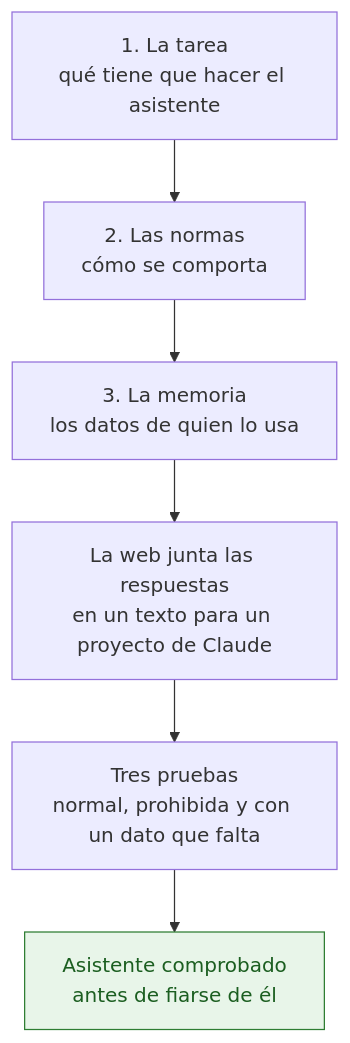
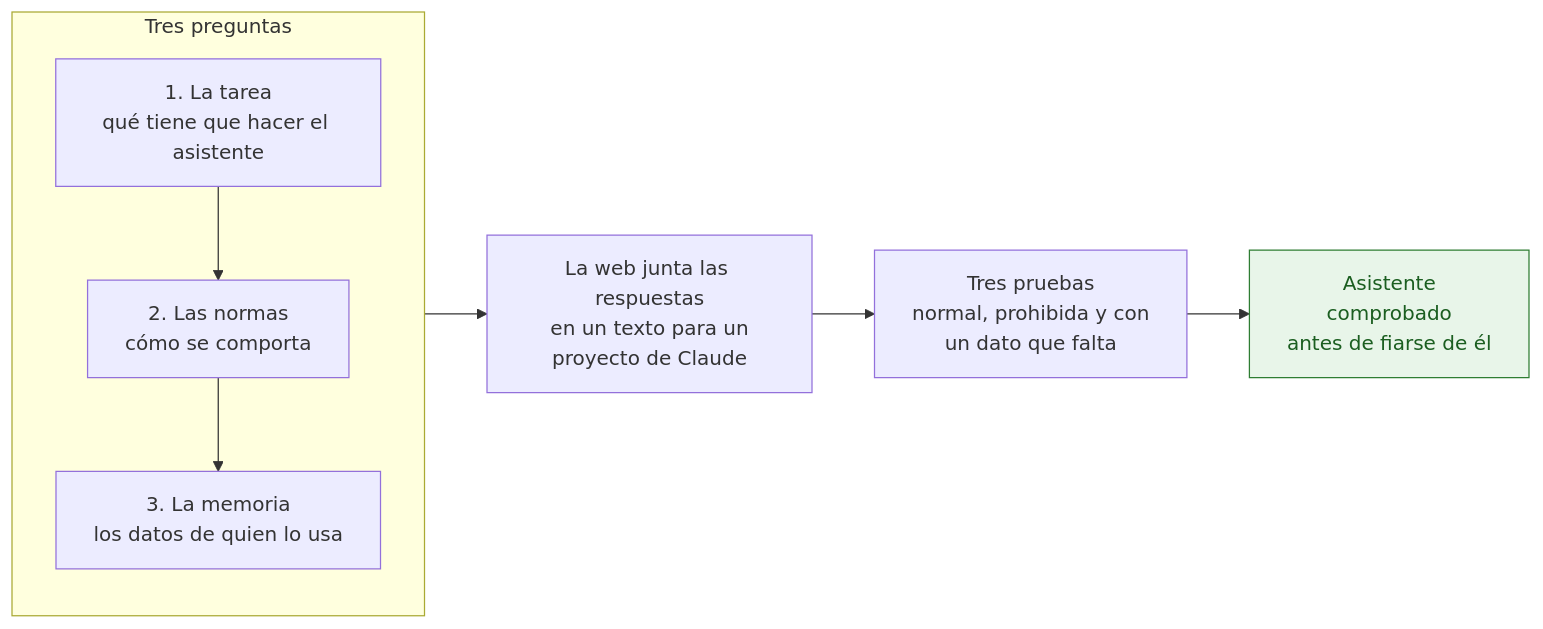
Before and after one commit to jleonceo/tu-primer-asistente-ia-web: the diagram in README.md, drawn with Mermaid. The commit also changed 1 other file, not shown here.

Commit message:
Esquema: pasa a horizontal para que ocupe menos de una pantalla
Iba de arriba abajo y ocupaba más de 1.000 píxeles de alto. Ahora va de
izquierda a derecha, con los pasos agrupados en columnas. El contenido de
las cajas es el mismo.

````diff
--- a/README.md
+++ b/README.md
@@ -36,9 +36,12 @@
 ```mermaid
-flowchart TD
-    T[1. La tarea<br/>qué tiene que hacer el asistente] --> N[2. Las normas<br/>cómo se comporta]
-    N --> M[3. La memoria<br/>los datos de quien lo usa]
-    M --> X[La web junta las respuestas<br/>en un texto para un proyecto de Claude]
-    X --> P[Tres pruebas<br/>normal, prohibida y con un dato que falta]
-    P --> C[Asistente comprobado<br/>antes de fiarse de él]
+flowchart LR
+    subgraph S1[Tres preguntas]
+        direction TB
+        T[1. La tarea<br/>qué tiene que hacer el asistente] --> N[2. Las normas<br/>cómo se comporta]
+        N --> M[3. La memoria<br/>los datos de quien lo usa]
+    end
+    S1 --> X[La web junta las respuestas<br/>en un texto para un<br/>proyecto de Claude]
+    X --> P[Tres pruebas<br/>normal, prohibida y con<br/>un dato que falta]
+    P --> C[Asistente<br/>comprobado<br/>antes de fiarse de él]
     style C fill:#e8f5e9,stroke:#2e7d32,color:#1b5e20
 ```
````
